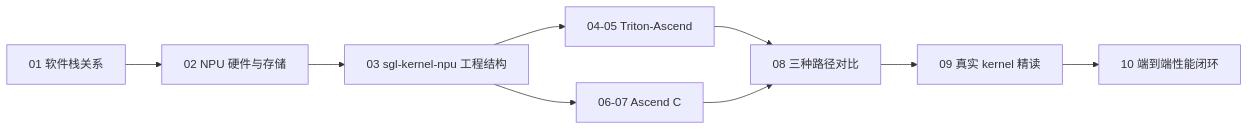
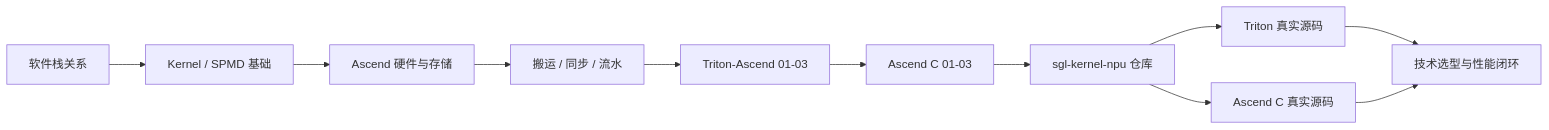
One commit to cl-vv-h/SGLang_Tutor changed the diagram in learning/ascend-kernel-infra/README.md. Above: the diagram before and after it, drawn with Mermaid. The commit also changed other lines of this file and 14 other files, not shown here.

Commit message:
docs: add Ascend kernel programming curriculum

````diff
--- a/learning/ascend-kernel-infra/README.md
+++ b/learning/ascend-kernel-infra/README.md
@@ -45,11 +77,13 @@
 ```mermaid
 flowchart LR
-  A["01 软件栈关系"] --> B["02 NPU 硬件与存储"]
-  B --> C["03 sgl-kernel-npu 工程结构"]
-  C --> D["04-05 Triton-Ascend"]
-  C --> E["06-07 Ascend C"]
-  D --> F["08 三种路径对比"]
-  E --> F
-  F --> G["09 真实 kernel 精读"]
-  G --> H["10 端到端性能闭环"]
+  A["软件栈关系"] --> B["Kernel / SPMD 基础"]
+  B --> C["Ascend 硬件与存储"]
+  C --> D["搬运 / 同步 / 流水"]
+  D --> E["Triton-Ascend 01-03"]
+  E --> F["Ascend C 01-03"]
+  F --> G["sgl-kernel-npu 仓库"]
+  G --> H["Triton 真实源码"]
+  G --> I["Ascend C 真实源码"]
+  H --> J["技术选型与性能闭环"]
+  I --> J
 ```
````
